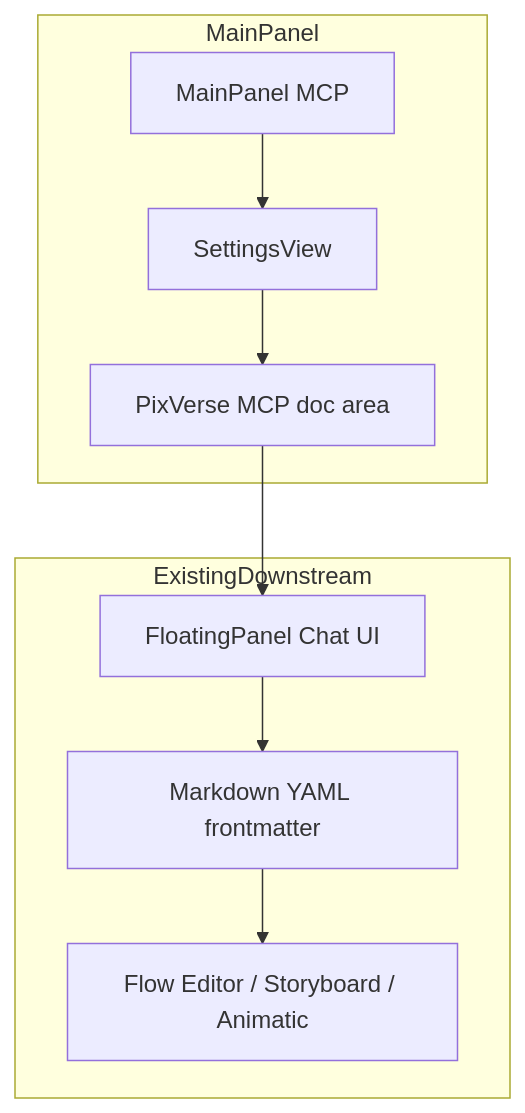
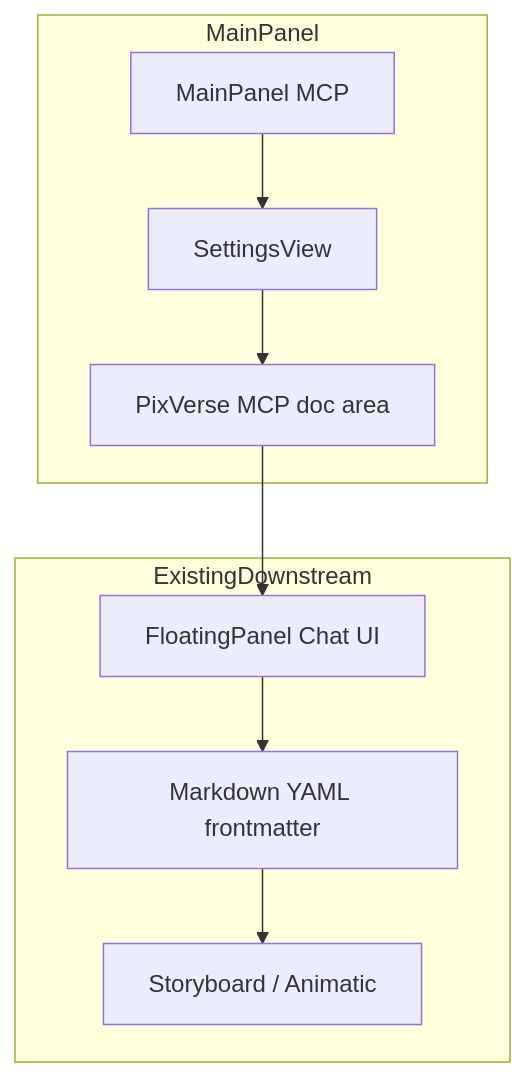
The second of 3 diagrams in docs/documents/knowgrph-pixverse-mcp-prd-tad.md (huijoohwee/knowgrph), drawn with Mermaid before and after one commit. The commit also changed other lines of this file and 959 other files, not shown here.

````diff
--- a/docs/documents/knowgrph-pixverse-mcp-prd-tad.md
+++ b/docs/documents/knowgrph-pixverse-mcp-prd-tad.md
@@ -331,17 +331,17 @@
 ```mermaid
 flowchart TB
     subgraph MainPanel
       MCP[MainPanel MCP]
       SETTINGS[SettingsView]
       PV[PixVerse MCP doc area]
     end
 
     subgraph ExistingDownstream
       CHAT[FloatingPanel Chat UI]
       FRONTMATTER[Markdown YAML frontmatter]
-      CANVAS[Flow Editor / Storyboard / Animatic]
+      CANVAS[Storyboard / Animatic]
     end
 
     MCP --> SETTINGS --> PV
     PV --> CHAT --> FRONTMATTER --> CANVAS
 ```
````
